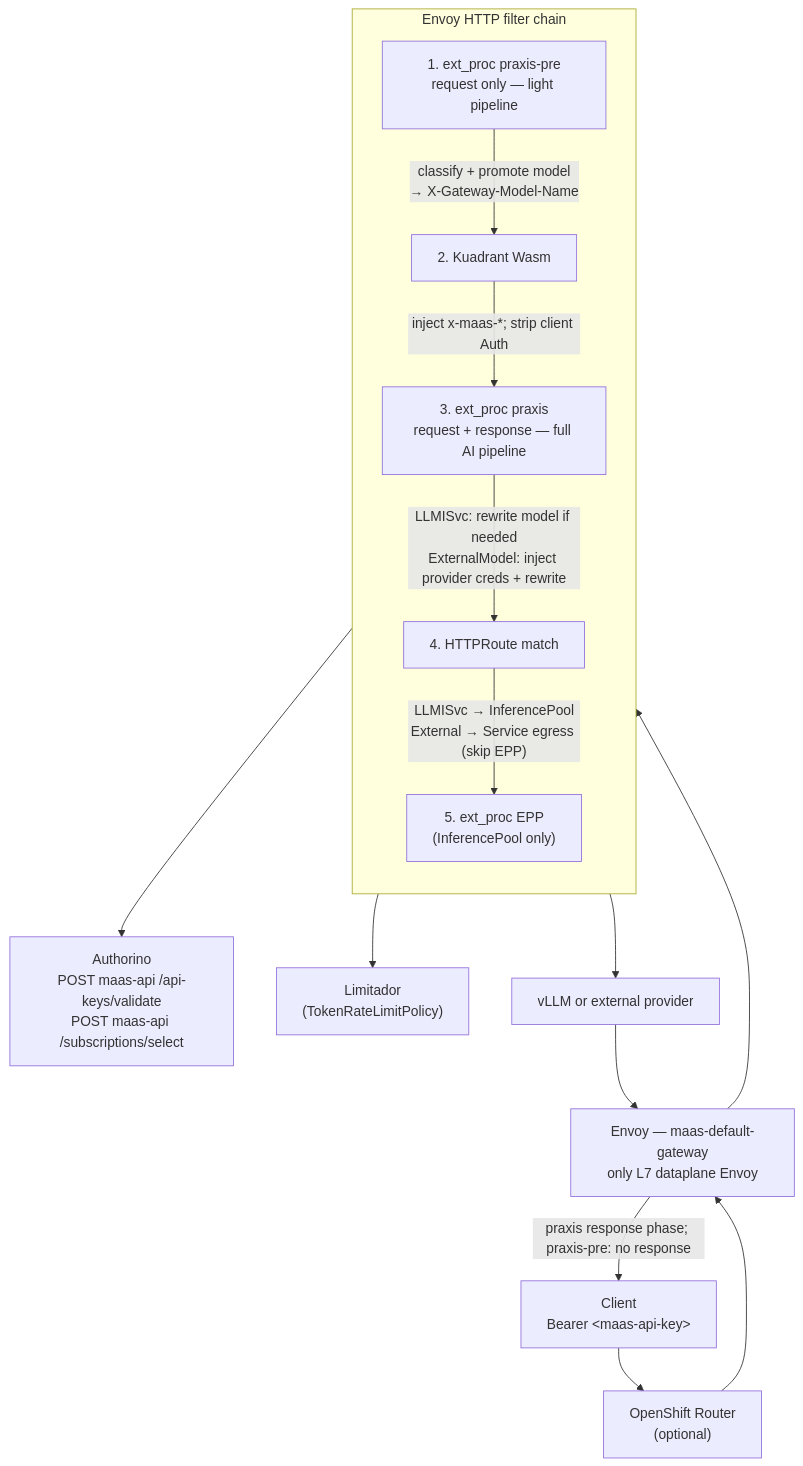
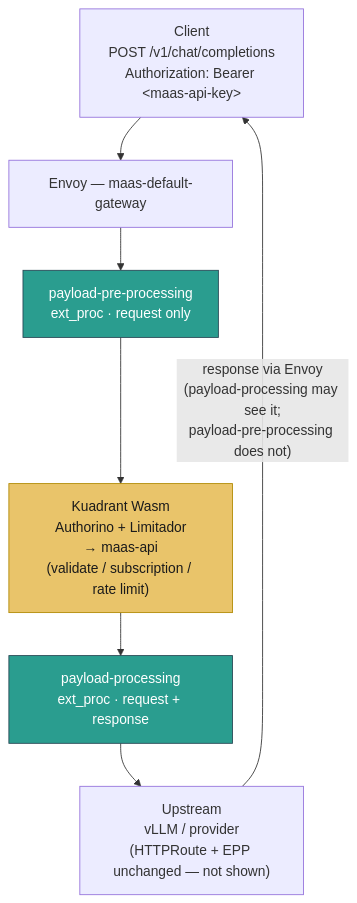
The second of 3 diagrams in docs/praxis-dataplane-evolution.md (jland-redhat/ai-gateway-controller), drawn with Mermaid before and after one commit. The commit also changed other lines of this file, not shown here.

First line of the commit message:
docs: simplify Praxis dataplane evolution diagrams

````diff
--- a/docs/praxis-dataplane-evolution.md
+++ b/docs/praxis-dataplane-evolution.md
@@ -83,31 +81,18 @@
 ```mermaid
 flowchart TB
-  Client["Client<br/>Bearer &lt;maas-api-key&gt;"]
-  Router["OpenShift Router<br/>(optional)"]
-  Envoy["Envoy — maas-default-gateway<br/>only L7 dataplane Envoy"]
+  Client["Client<br/>POST /v1/chat/completions<br/>Authorization: Bearer &lt;maas-api-key&gt;"]
+  Envoy["Envoy — maas-default-gateway"]
 
-  subgraph filters ["Envoy HTTP filter chain"]
-    direction TB
-    PraxisPre["1. ext_proc praxis-pre<br/>request only — light pipeline"]
-    Kuadrant["2. Kuadrant Wasm"]
-    Praxis["3. ext_proc praxis<br/>request + response — full AI pipeline"]
-    Route["4. HTTPRoute match"]
-    EPP["5. ext_proc EPP<br/>(InferencePool only)"]
-  end
+  Pre["payload-pre-processing<br/>ext_proc · request only"]
+  Auth["Kuadrant Wasm<br/>Authorino + Limitador<br/>→ maas-api<br/>(validate / subscription / rate limit)"]
+  Full["payload-processing<br/>ext_proc · request + response"]
+  Upstream["Upstream<br/>vLLM / provider<br/>(HTTPRoute + EPP unchanged — not shown)"]
 
-  Authorino["Authorino<br/>POST maas-api /api-keys/validate<br/>POST maas-api /subscriptions/select"]
-  Limitador["Limitador<br/>(TokenRateLimitPolicy)"]
-  Upstream["vLLM or external provider"]
+  Client --> Envoy --> Pre --> Auth --> Full --> Upstream
+  Upstream -->|"response via Envoy<br/>(payload-processing may see it;<br/>payload-pre-processing does not)"| Client
 
-  Client --> Router --> Envoy
-  Envoy --> PraxisPre
-  PraxisPre -->|"classify + promote model<br/>→ X-Gateway-Model-Name"| Kuadrant
-  Kuadrant --> Authorino
-  Kuadrant --> Limitador
-  Kuadrant -->|"inject x-maas-*; strip client Auth"| Praxis
-  Praxis -->|"LLMISvc: rewrite model if needed<br/>ExternalModel: inject provider creds + rewrite"| Route
-  Route -->|"LLMISvc → InferencePool<br/>External → Service egress (skip EPP)"| EPP
-  EPP --> Upstream
-  Upstream --> Envoy
-  Envoy -->|"praxis response phase; praxis-pre: no response"| Client
+  classDef praxis fill:#2a9d8f,stroke:#264653,color:#ffffff
+  classDef kuadrant fill:#e9c46a,stroke:#b08900,color:#1b1b1b
+  class Pre,Full praxis
+  class Auth kuadrant
 ```
````
